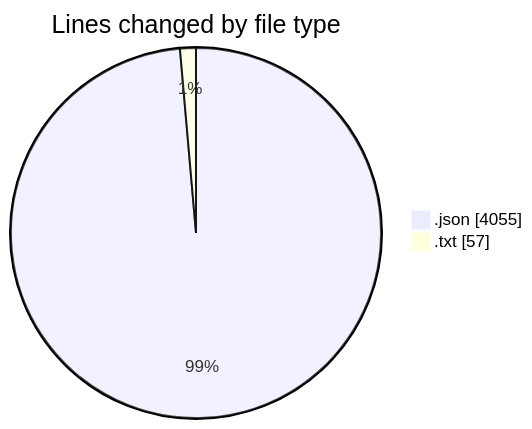
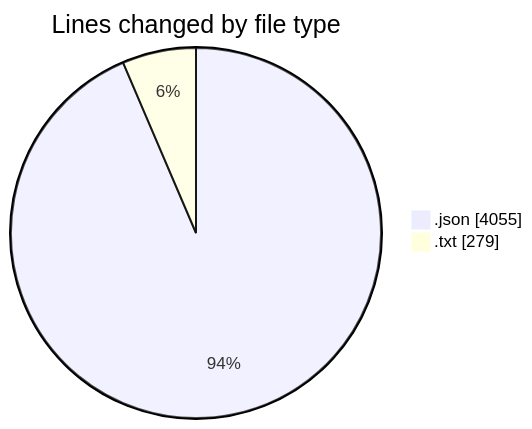
The first of 2 diagrams in 2025-08-15/_claude/README.md (EIIisD/code-tracking), drawn with Mermaid before and after one commit. The commit also changed other lines of this file and 1 other file, not shown here.

````diff
--- a/2025-08-15/_claude/README.md
+++ b/2025-08-15/_claude/README.md
@@ -24,6 +28,6 @@
 ```mermaid
 pie showData
 title Lines changed by file type
 ".json" : 4055
-".txt" : 57
+".txt" : 279
 ```
````
